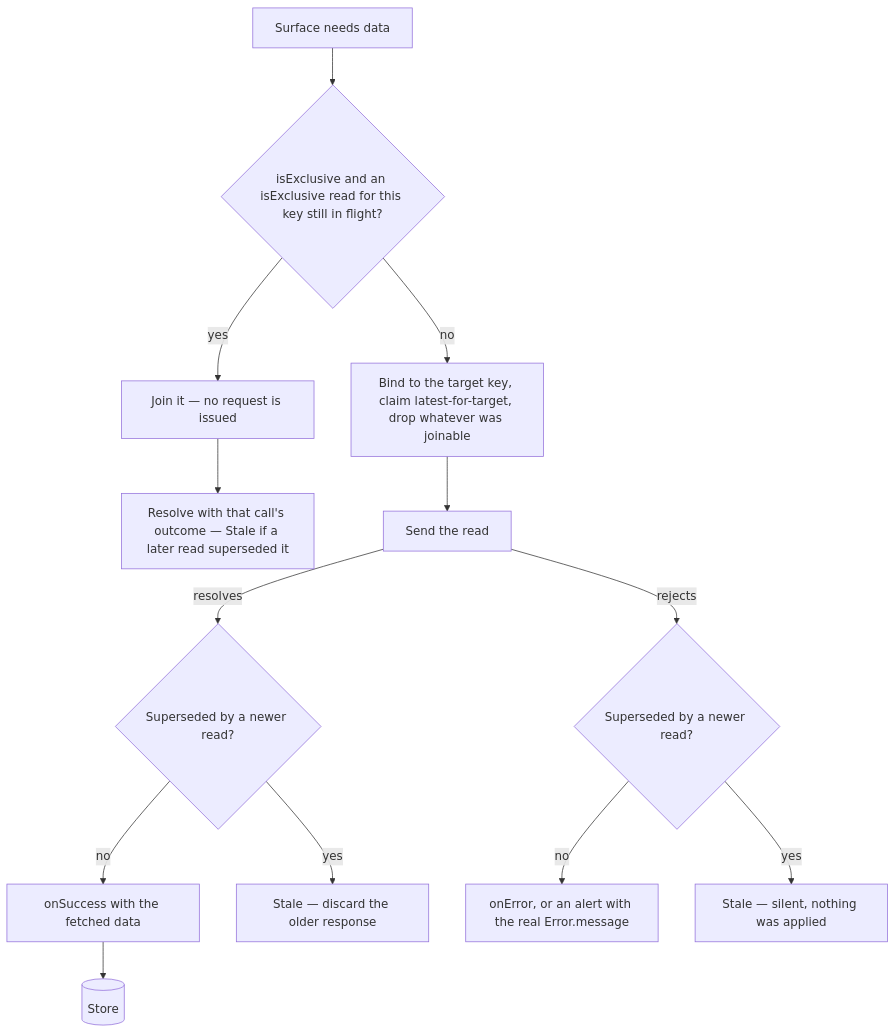
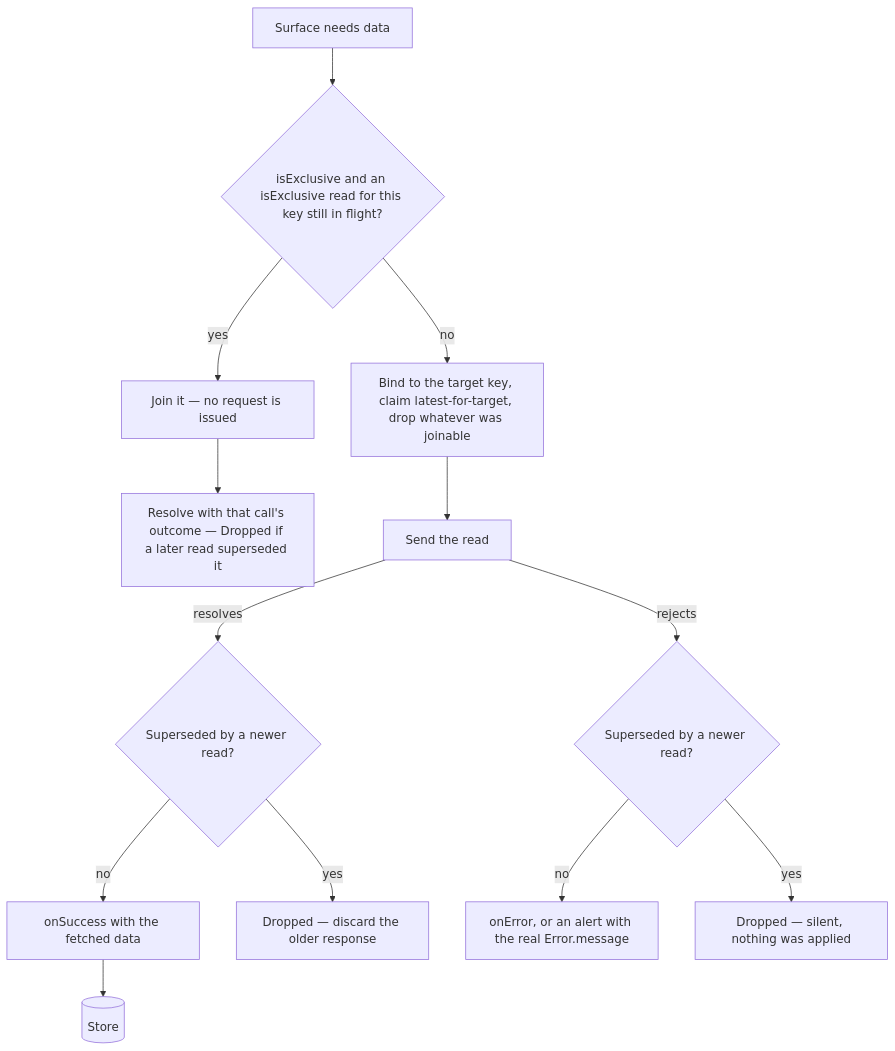
The first of 2 diagrams in openspec/specs/architecture/async-operations/design.md (Esposter/Esposter), drawn with Mermaid before and after one commit. The commit also changed other lines of this file and 5 other files, not shown here.

````diff
--- a/openspec/specs/architecture/async-operations/design.md
+++ b/openspec/specs/architecture/async-operations/design.md
@@ -119,15 +116,15 @@
 ```mermaid
 flowchart TD
   Need[Surface needs data] --> Exclusive{isExclusive and an isExclusive read for this key still in flight?}
   Exclusive -->|yes| Join[Join it — no request is issued]
   Exclusive -->|no| Bind[Bind to the target key, claim latest-for-target, drop whatever was joinable]
-  Join --> Shared[Resolve with that call's outcome — Stale if a later read superseded it]
+  Join --> Shared[Resolve with that call's outcome — Dropped if a later read superseded it]
   Bind --> Send[Send the read]
   Send -->|resolves| Superseded{Superseded by a newer read?}
   Send -->|rejects| Lost{Superseded by a newer read?}
   Superseded -->|no| Success[onSuccess with the fetched data]
-  Superseded -->|yes| Stale[Stale — discard the older response]
+  Superseded -->|yes| Discard[Dropped — discard the older response]
   Lost -->|no| Report[onError, or an alert with the real Error.message]
-  Lost -->|yes| Silent[Stale — silent, nothing was applied]
+  Lost -->|yes| Silent[Dropped — silent, nothing was applied]
   Success --> Store[(Store)]
 ```
````
